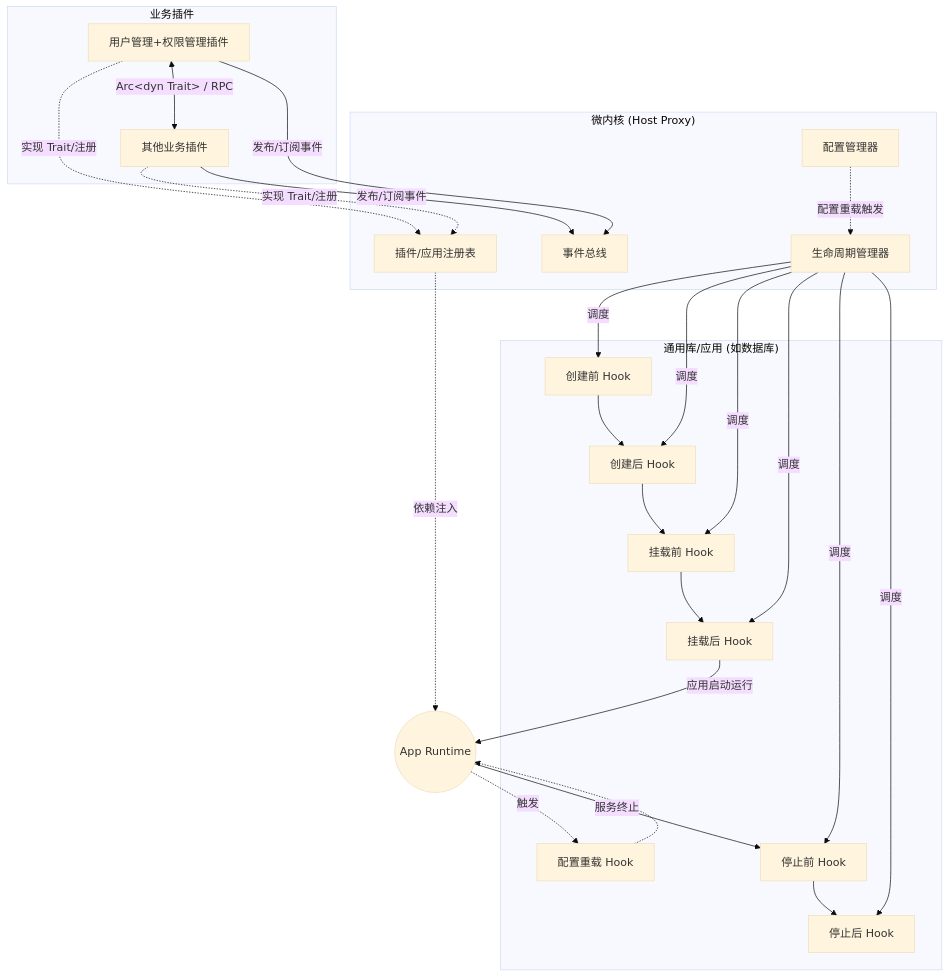
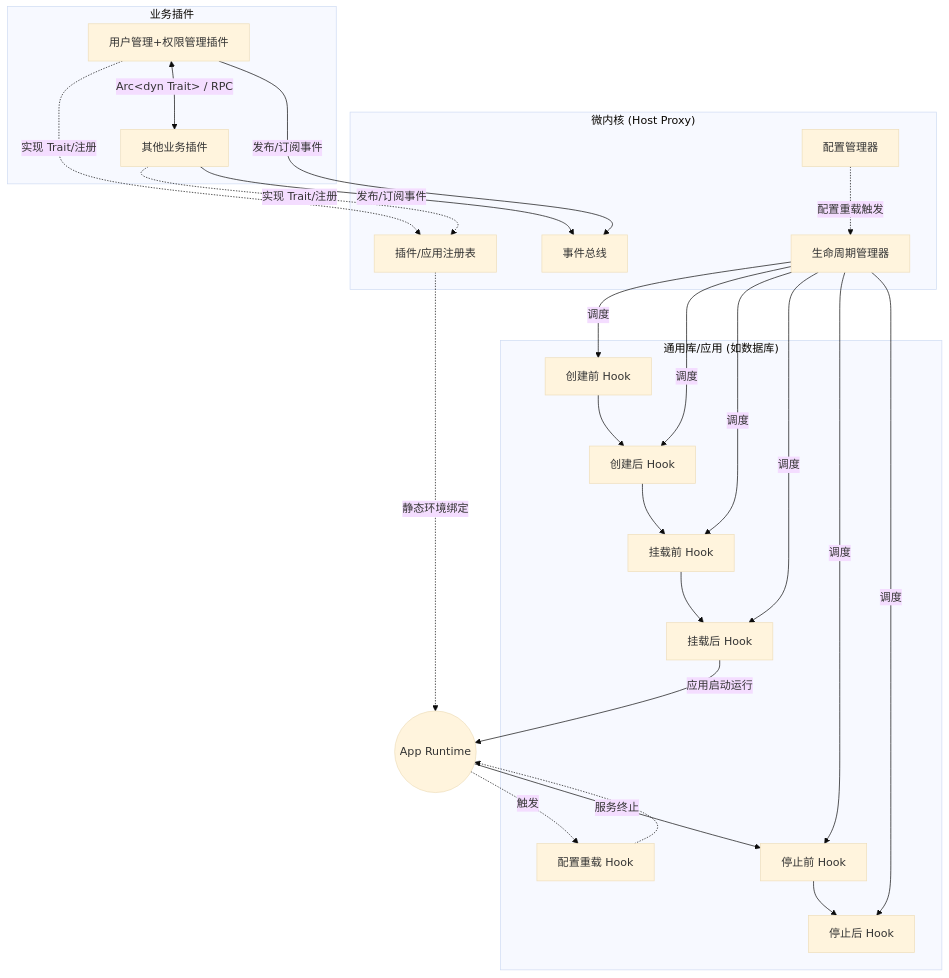
Before and after one commit to rin721/microkernel-rs: the diagram in docs/architecture/graph.md, drawn with Mermaid (base theme). The commit also changed 6 other files, not shown here.

````diff
--- a/docs/architecture/graph.md
+++ b/docs/architecture/graph.md
@@ -8,50 +8,50 @@
 ```mermaid
 graph TD
     subgraph Microkernel["微内核 (Host Proxy)"]
         KernelConfig["配置管理器"]
         LifecycleManager["生命周期管理器"]
         PluginRegistry["插件/应用注册表"]
         EventBus["事件总线"]
     end
 
     subgraph GenericApps["通用库/应用 (如数据库)"]
         PreCreate["创建前 Hook"]
         PostCreate["创建后 Hook"]
         PreMount["挂载前 Hook"]
         PostMount["挂载后 Hook"]
         Reload["配置重载 Hook"]
         PreStop["停止前 Hook"]
         PostStop["停止后 Hook"]
     end
 
     subgraph Plugins["业务插件"]
         UserAuth["用户管理+权限管理插件"]
         OtherPlugin["其他业务插件"]
     end
 
     %% 内核功能交互
     KernelConfig -.->|配置重载触发| LifecycleManager
     LifecycleManager -->|调度| PreCreate
     LifecycleManager -->|调度| PostCreate
     LifecycleManager -->|调度| PreMount
     LifecycleManager -->|调度| PostMount
     LifecycleManager -->|调度| PreStop
     LifecycleManager -->|调度| PostStop
 
     %% 应用挂载
     PreCreate --> PostCreate --> PreMount --> PostMount
     PostMount -->|应用启动运行| AppRuntime((App Runtime))
     AppRuntime -.->|触发| Reload
     Reload -.-> AppRuntime
     AppRuntime -->|服务终止| PreStop --> PostStop
 
     %% 插件注册
     UserAuth -.->|实现 Trait/注册| PluginRegistry
     OtherPlugin -.->|实现 Trait/注册| PluginRegistry
-    PluginRegistry -.->|依赖注入| AppRuntime
+    PluginRegistry -.->|静态环境绑定| AppRuntime
 
     %% 跨插件通信
     UserAuth <-->|Arc&lt;dyn Trait&gt; / RPC| OtherPlugin
     UserAuth -->|发布/订阅事件| EventBus
     OtherPlugin -->|发布/订阅事件| EventBus
 ```
````
